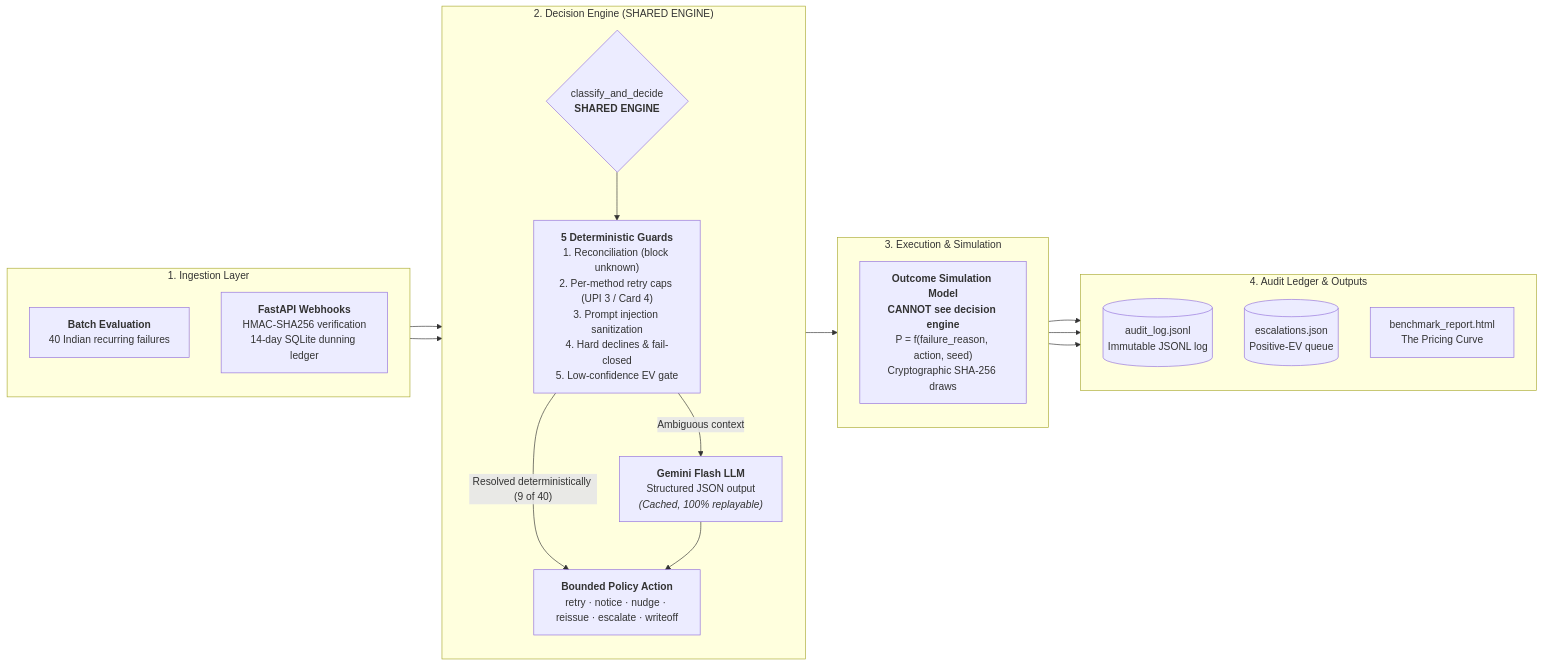
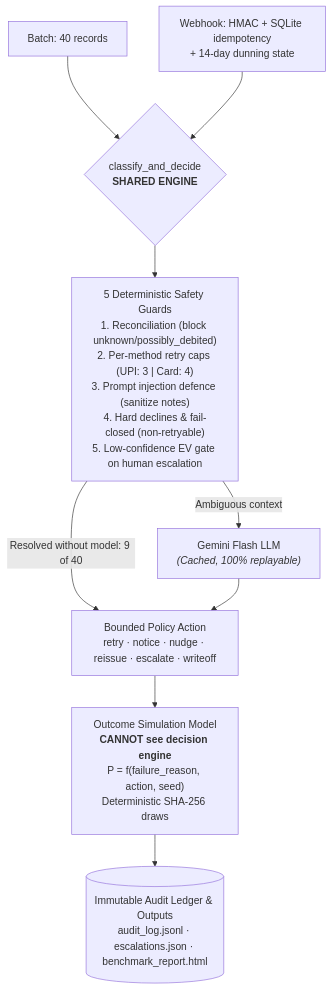
One commit to pavansaikavuri/failed-subscription-recovery-agent changed the diagram in ARCHITECTURE.md. Above: the diagram before and after it, drawn with Mermaid. The commit also changed 1 other file, not shown here.

Commit message:
Polish Top-Down (TD) architecture flowchart without translucent subgraphs

````diff
--- a/ARCHITECTURE.md
+++ b/ARCHITECTURE.md
@@ -8,40 +8,15 @@
 ```mermaid
-flowchart LR
-    subgraph INGEST ["1. Ingestion Layer"]
-        direction TB
-        A["<b>Batch Evaluation</b><br/>40 Indian recurring failures"]
-        B["<b>FastAPI Webhooks</b><br/>HMAC-SHA256 verification<br/>14-day SQLite dunning ledger"]
-    end
+flowchart TD
+    A["Batch: 40 records"] --> C
+    B["Webhook: HMAC + SQLite idempotency<br/>+ 14-day dunning state"] --> C
 
-    subgraph ENGINE ["2. Decision Engine (SHARED ENGINE)"]
-        direction TB
-        CORE{"classify_and_decide<br/><b>SHARED ENGINE</b>"}
-        GUARDS["<b>5 Deterministic Guards</b><br/>1. Reconciliation (block unknown)<br/>2. Per-method retry caps (UPI 3 / Card 4)<br/>3. Prompt injection sanitization<br/>4. Hard declines & fail-closed<br/>5. Low-confidence EV gate"]
-        LLM["<b>Gemini Flash LLM</b><br/>Structured JSON output<br/><i>(Cached, 100% replayable)</i>"]
-        
-        CORE --> GUARDS
-        GUARDS -->|"Resolved deterministically (9 of 40)"| ACT
-        GUARDS -->|"Ambiguous context"| LLM
-        LLM --> ACT
-    end
+    C{"classify_and_decide<br/><b>SHARED ENGINE</b>"} --> D["5 Deterministic Safety Guards<br/>1. Reconciliation (block unknown/possibly_debited)<br/>2. Per-method retry caps (UPI: 3 | Card: 4)<br/>3. Prompt injection defence (sanitize notes)<br/>4. Hard declines & fail-closed (non-retryable)<br/>5. Low-confidence EV gate on human escalation"]
 
-    subgraph OUTCOME ["3. Execution & Simulation"]
-        direction TB
-        ACT["<b>Bounded Policy Action</b><br/>retry · notice · nudge · reissue · escalate · writeoff"]
-        MODEL["<b>Outcome Simulation Model</b><br/><b>CANNOT see decision engine</b><br/>P = f(failure_reason, action, seed)<br/>Cryptographic SHA-256 draws"]
-        ACT --> MODEL
-    end
+    D -->|"Resolved without model: 9 of 40"| G["Bounded Policy Action<br/>retry · notice · nudge · reissue · escalate · writeoff"]
+    D -->|"Ambiguous context"| E["Gemini Flash LLM<br/><i>(Cached, 100% replayable)</i>"]
+    E --> G
 
-    subgraph LEDGER ["4. Audit Ledger & Outputs"]
-        direction TB
-        AUDIT[("audit_log.jsonl<br/>Immutable JSONL log")]
-        ESC[("escalations.json<br/>Positive-EV queue")]
-        BENCH["benchmark_report.html<br/>The Pricing Curve"]
-        MODEL --> AUDIT
-        MODEL --> ESC
-        MODEL --> BENCH
-    end
+    G --> H["Outcome Simulation Model<br/><b>CANNOT see decision engine</b><br/>P = f(failure_reason, action, seed)<br/>Deterministic SHA-256 draws"]
 
-    A --> CORE
-    B --> CORE
+    H --> I[("Immutable Audit Ledger & Outputs<br/>audit_log.jsonl · escalations.json · benchmark_report.html")]
 ```
````
